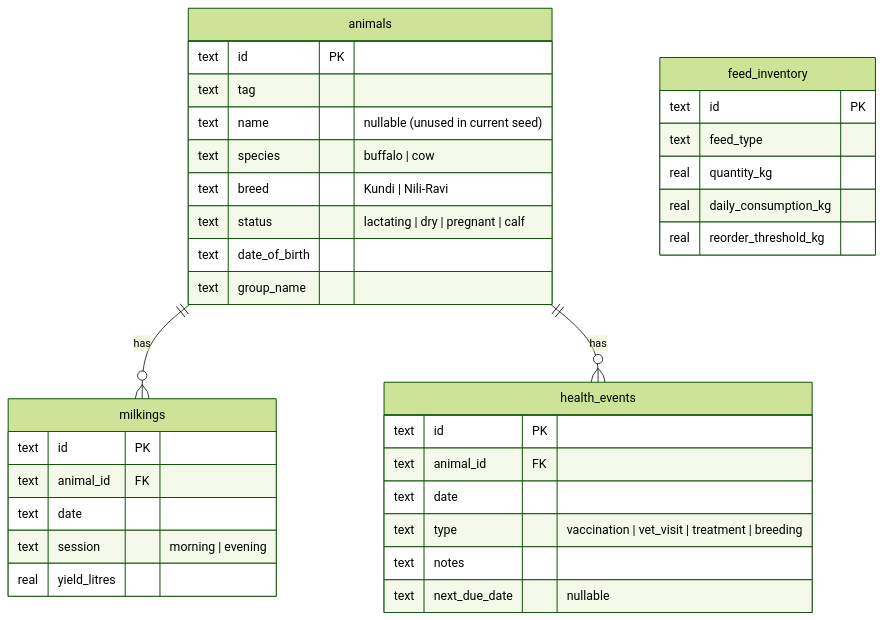
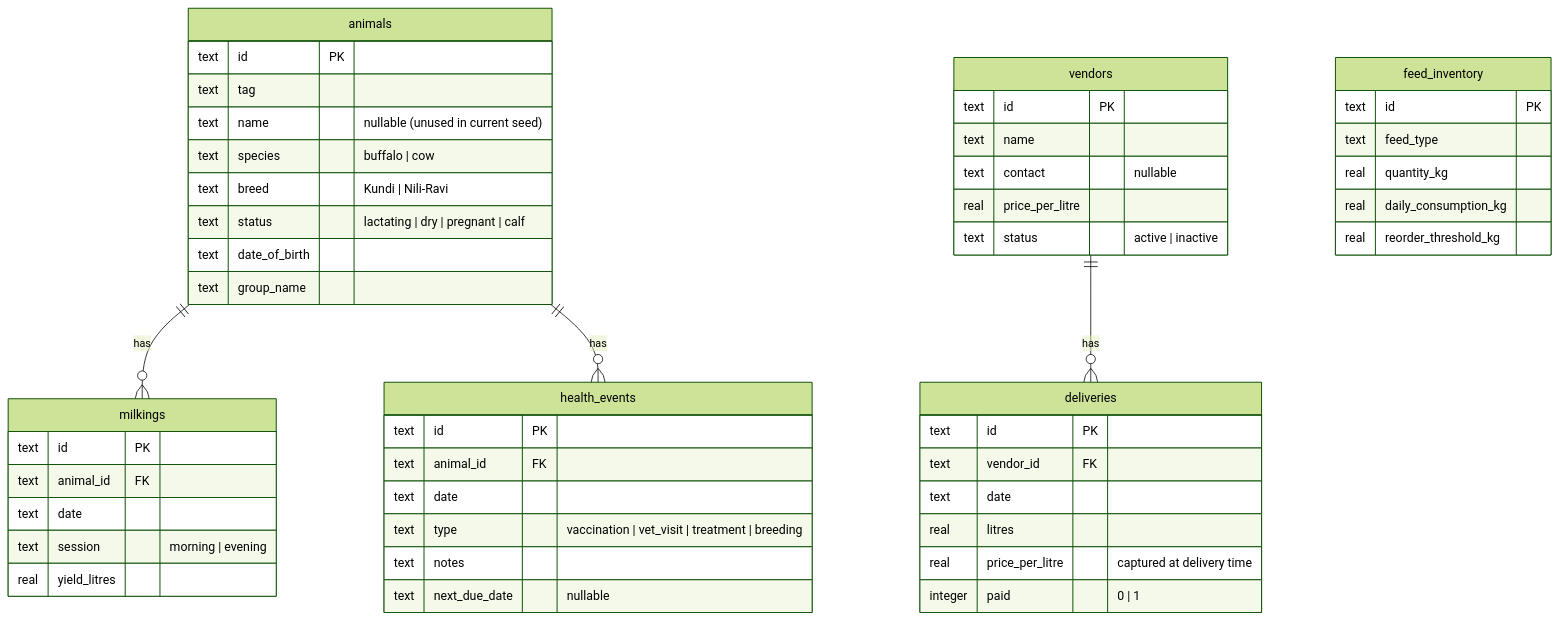
Before and after one commit to i-adnanali/dairy-agent: the sixth of 7 diagrams in docs/PROJECT_OVERVIEW.md, drawn with Mermaid (forest theme). The commit also changed other lines of this file and 21 other files, not shown here.

````diff
--- a/docs/PROJECT_OVERVIEW.md
+++ b/docs/PROJECT_OVERVIEW.md
@@ -255,38 +255,54 @@
 ```mermaid
 erDiagram
     animals ||--o{ milkings : "has"
     animals ||--o{ health_events : "has"
+    vendors ||--o{ deliveries : "has"
 
     animals {
         text id PK
         text tag
         text name "nullable (unused in current seed)"
         text species "buffalo | cow"
         text breed "Kundi | Nili-Ravi"
         text status "lactating | dry | pregnant | calf"
         text date_of_birth
         text group_name
     }
     milkings {
         text id PK
         text animal_id FK
         text date
         text session "morning | evening"
         real yield_litres
     }
     health_events {
         text id PK
         text animal_id FK
         text date
         text type "vaccination | vet_visit | treatment | breeding"
         text notes
         text next_due_date "nullable"
     }
     feed_inventory {
         text id PK
         text feed_type
         real quantity_kg
         real daily_consumption_kg
         real reorder_threshold_kg
     }
+    vendors {
+        text id PK
+        text name
+        text contact "nullable"
+        real price_per_litre
+        text status "active | inactive"
+    }
+    deliveries {
+        text id PK
+        text vendor_id FK
+        text date
+        real litres
+        real price_per_litre "captured at delivery time"
+        integer paid "0 | 1"
+    }
 ```
````
